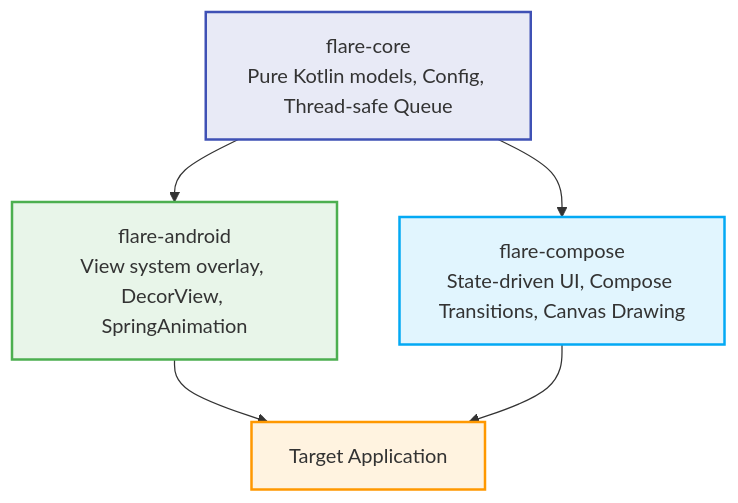
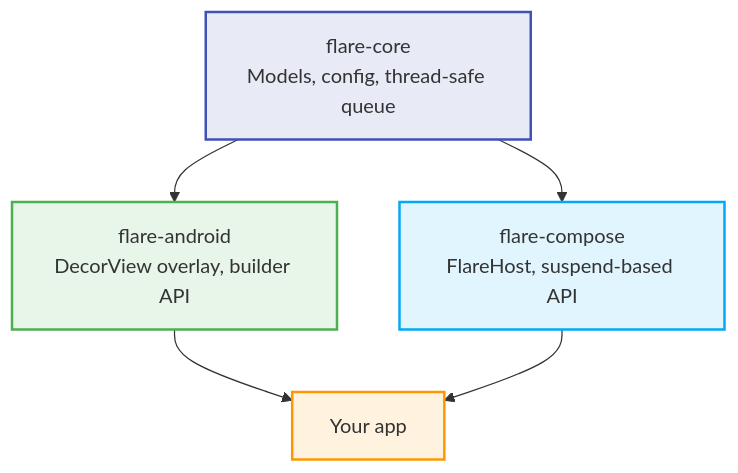
The diagram in README.md (RoxyBasicNeedBot/Flare), drawn with Mermaid before and after one commit. The commit also changed other lines of this file, not shown here.

Commit message:
Fix thread safety, listener memory leaks, dead code, and main thread containment

````diff
--- a/README.md
+++ b/README.md
@@ -18,17 +53,17 @@
 ```mermaid
 graph TD
     classDef core fill:#E8EAF6,stroke:#3F51B5,stroke-width:2px;
     classDef android fill:#E8F5E9,stroke:#4CAF50,stroke-width:2px;
     classDef compose fill:#E1F5FE,stroke:#03A9F4,stroke-width:2px;
     classDef app fill:#FFF3E0,stroke:#FF9800,stroke-width:2px;
 
-    Core[flare-core<br>Pure Kotlin models, Config, Thread-safe Queue]:::core
-    Android[flare-android<br>View system overlay, DecorView, SpringAnimation]:::android
-    Compose[flare-compose<br>State-driven UI, Compose Transitions, Canvas Drawing]:::compose
-    App[Target Application]:::app
+    Core[flare-core<br/>Models, config, thread-safe queue]:::core
+    Android[flare-android<br/>DecorView overlay, builder API]:::android
+    Compose[flare-compose<br/>FlareHost, suspend-based API]:::compose
+    App[Your app]:::app
 
     Core --> Android
     Core --> Compose
     Android --> App
     Compose --> App
 ```
````
